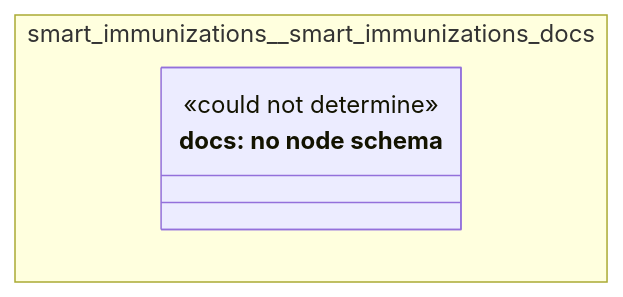
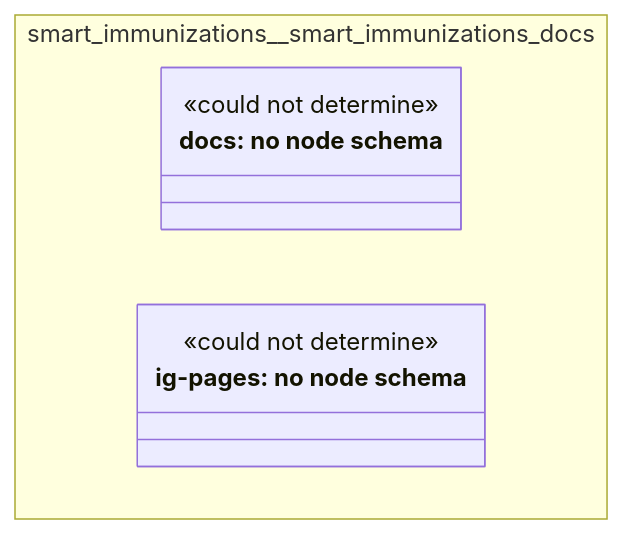
The diagram in cat-harness/docs/uml/overview/smart-immunizations/smart-immunizations-docs.md (litlfred/folio-assistant), drawn with Mermaid before and after one commit. The commit also changed other lines of this file and 36 other files, not shown here.

First line of the commit message:
nama step 3: gen-ig-pages @covers ig-pages; regenerate UML and site data for the new kind

````diff
--- a/cat-harness/docs/uml/overview/smart-immunizations/smart-immunizations-docs.md
+++ b/cat-harness/docs/uml/overview/smart-immunizations/smart-immunizations-docs.md
@@ -42,11 +42,16 @@
 ```mermaid
 classDiagram
   direction TB
   namespace smart_immunizations__smart_immunizations_docs {
     class n_smart_immunizations_smart_immunizations_docs_docs["docs: no node schema"] {
       <<could not determine>>
     }
+    class n_smart_immunizations_smart_immunizations_docs_ig_pages["ig-pages: no node schema"] {
+      <<could not determine>>
+    }
   }
   cssClass "n_smart_immunizations_smart_immunizations_docs_docs" fa_uml_kind_docs
   cssClass "n_smart_immunizations_smart_immunizations_docs_docs" fa_uml_undetermined
+  cssClass "n_smart_immunizations_smart_immunizations_docs_ig_pages" fa_uml_kind_ig_pages
+  cssClass "n_smart_immunizations_smart_immunizations_docs_ig_pages" fa_uml_undetermined
 ```
````
